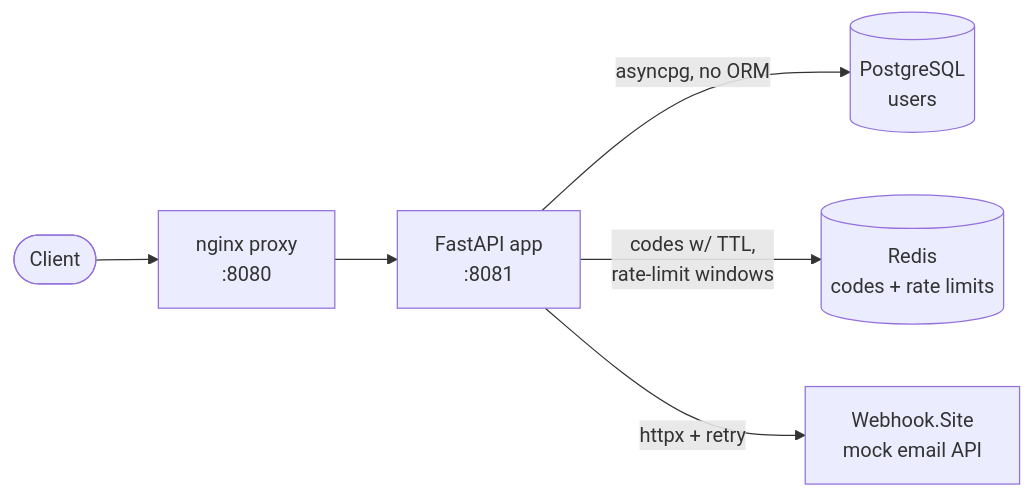
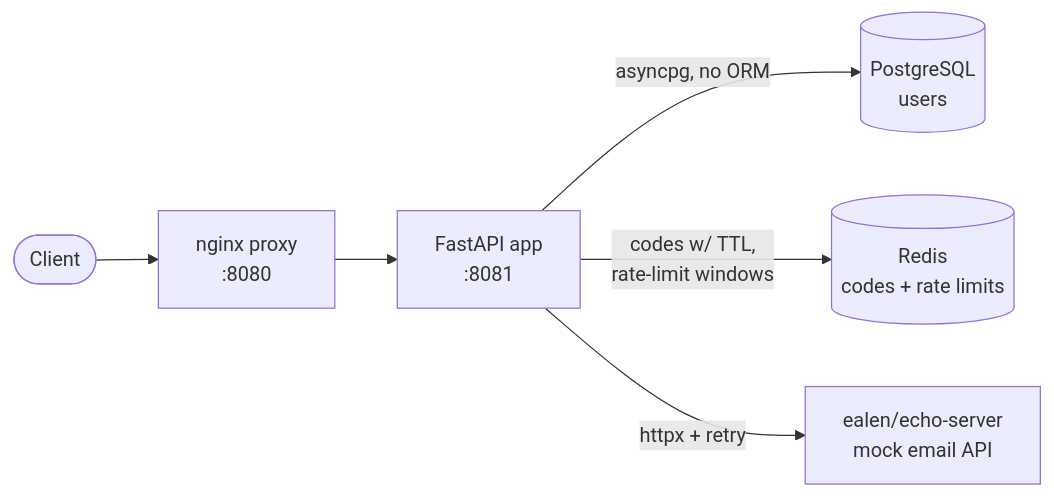
The diagram in README.md (Tobino/user_registration_api), drawn with Mermaid before and after one commit. The commit also changed other lines of this file, not shown here.

Commit message:
doc: change archi for third-party email API

````diff
--- a/README.md
+++ b/README.md
@@ -21,14 +21,14 @@
 ```mermaid
 flowchart LR
     client([Client])
     proxy[nginx proxy<br/>:8080]
     api[FastAPI app<br/>:8081]
     pg[(PostgreSQL<br/>users)]
     redis[(Redis<br/>codes + rate limits)]
-    webhooksite[Webhook.Site<br/>mock email API]
+    ealenechoserver[ealen/echo-server<br/>mock email API]
 
     client --> proxy --> api
     api -->|asyncpg, no ORM| pg
     api -->|codes w/ TTL,<br/>rate-limit windows| redis
-    api -->|httpx + retry| webhooksite
+    api -->|httpx + retry| ealenechoserver
 ```
````
